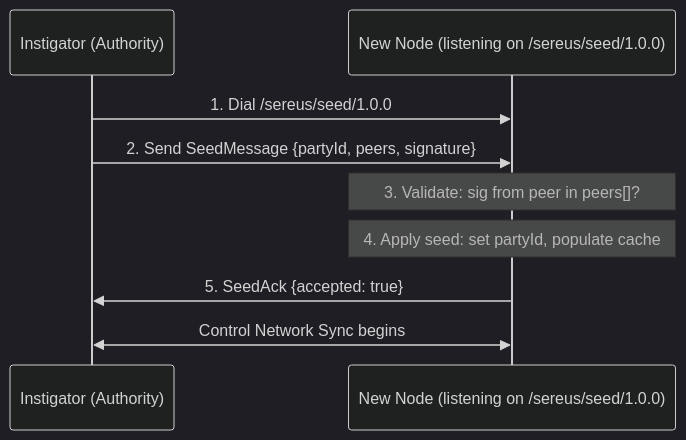
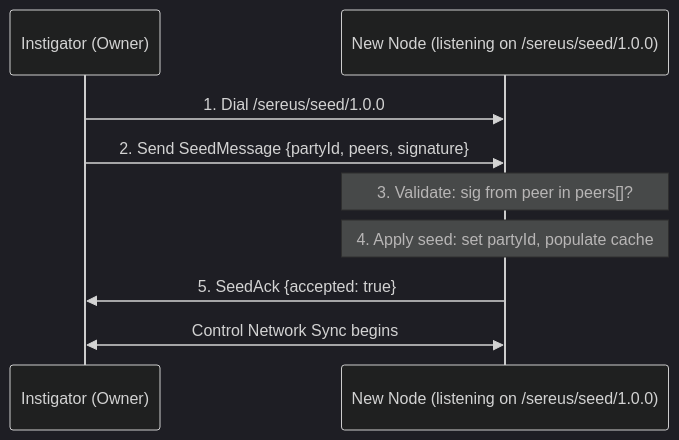
The sixth of 12 diagrams in docs/architecture.md (gotchoices/sereus), drawn with Mermaid (dark theme) before and after one commit. The commit also changed other lines of this file and 127 other files, not shown here.

Commit message:
ticket(implement): rename-cadre-authority-to-owner

````diff
--- a/docs/architecture.md
+++ b/docs/architecture.md
@@ -282,11 +282,11 @@
 ```mermaid
 sequenceDiagram
-    participant I as Instigator (Authority)
+    participant I as Instigator (Owner)
     participant N as New Node (listening on /sereus/seed/1.0.0)
     I->>N: 1. Dial /sereus/seed/1.0.0
     I->>N: 2. Send SeedMessage {partyId, peers, signature}
     Note over N: 3. Validate: sig from peer in peers[]?
     Note over N: 4. Apply seed: set partyId, populate cache
     N->>I: 5. SeedAck {accepted: true}
     I<<->>N: Control Network Sync begins
 ```
````
